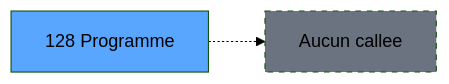
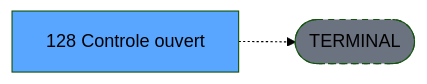
The third of 3 diagrams in .openspec/renders/ADH-IDE-128.md (thonyAGP/lecteur-magic), drawn with Mermaid (forest theme) before and after one commit. The commit also changed other lines of this file and 701 other files, not shown here.

````diff
--- a/.openspec/renders/ADH-IDE-128.md
+++ b/.openspec/renders/ADH-IDE-128.md
@@ -144,8 +136,8 @@
 ```mermaid
 graph LR
-    T[128 Programme]
-    NONE[Aucun callee]
-    T -.-> NONE
+    T[128 Controle ouvert]
+    TERM([TERMINAL])
+    T -.-> TERM
+    style TERM fill:#6b7280,stroke-dasharray: 5 5
     style T fill:#58a6ff,color:#000
-    style NONE fill:#6b7280,stroke-dasharray: 5 5
 ```
````
